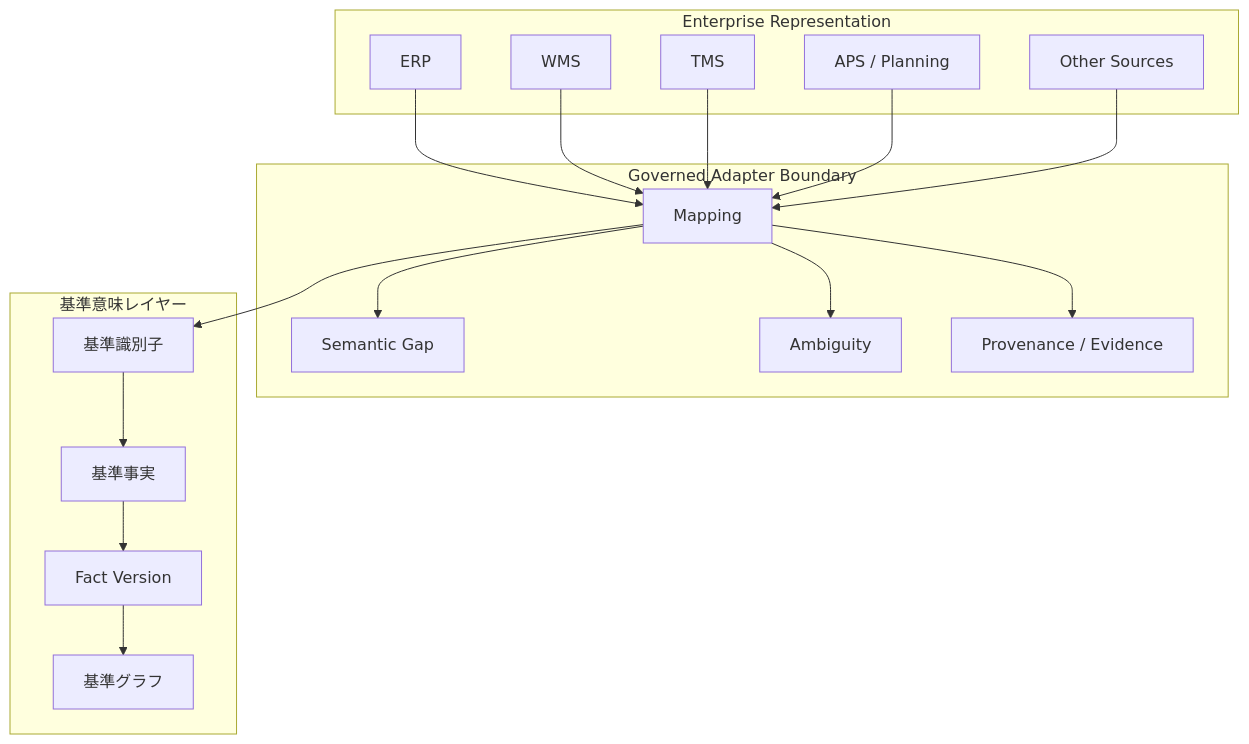
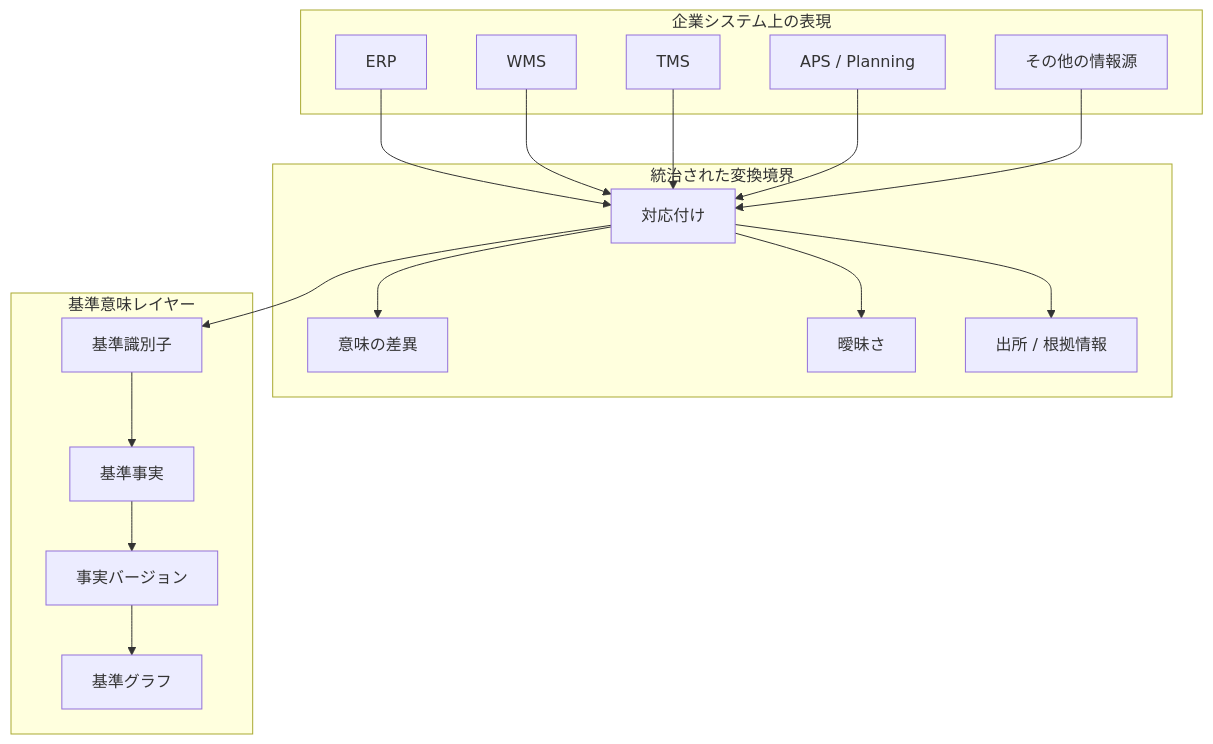
One commit to miumigy/scm-ontology changed the second of 6 diagrams in README.ja.md. Above: the diagram before and after it, drawn with Mermaid. The commit also changed other lines of this file, not shown here.

````diff
--- a/README.ja.md
+++ b/README.ja.md
@@ -98,35 +98,35 @@
 ```mermaid
 flowchart TB
-    subgraph SOURCE[Enterprise Representation]
+    subgraph SOURCE[企業システム上の表現]
         ERP[ERP]
         WMS[WMS]
         TMS[TMS]
         APS[APS / Planning]
-        EXT[Other Sources]
+        EXT[その他の情報源]
     end
 
-    subgraph BOUNDARY[Governed Adapter Boundary]
-        MAP[Mapping]
-        GAP[Semantic Gap]
-        AMB[Ambiguity]
-        PROV[Provenance / Evidence]
+    subgraph BOUNDARY[統治された変換境界]
+        MAP[対応付け]
+        GAP[意味の差異]
+        AMB[曖昧さ]
+        PROV[出所 / 根拠情報]
     end
 
     subgraph CANONICAL[基準意味レイヤー]
         ID[基準識別子]
         FACT[基準事実]
-        VER[Fact Version]
+        VER[事実バージョン]
         GRAPH[基準グラフ]
     end
 
     ERP --> MAP
     WMS --> MAP
     TMS --> MAP
     APS --> MAP
     EXT --> MAP
     MAP --> GAP
     MAP --> AMB
     MAP --> PROV
     MAP --> ID
     ID --> FACT --> VER --> GRAPH
 ```
````
